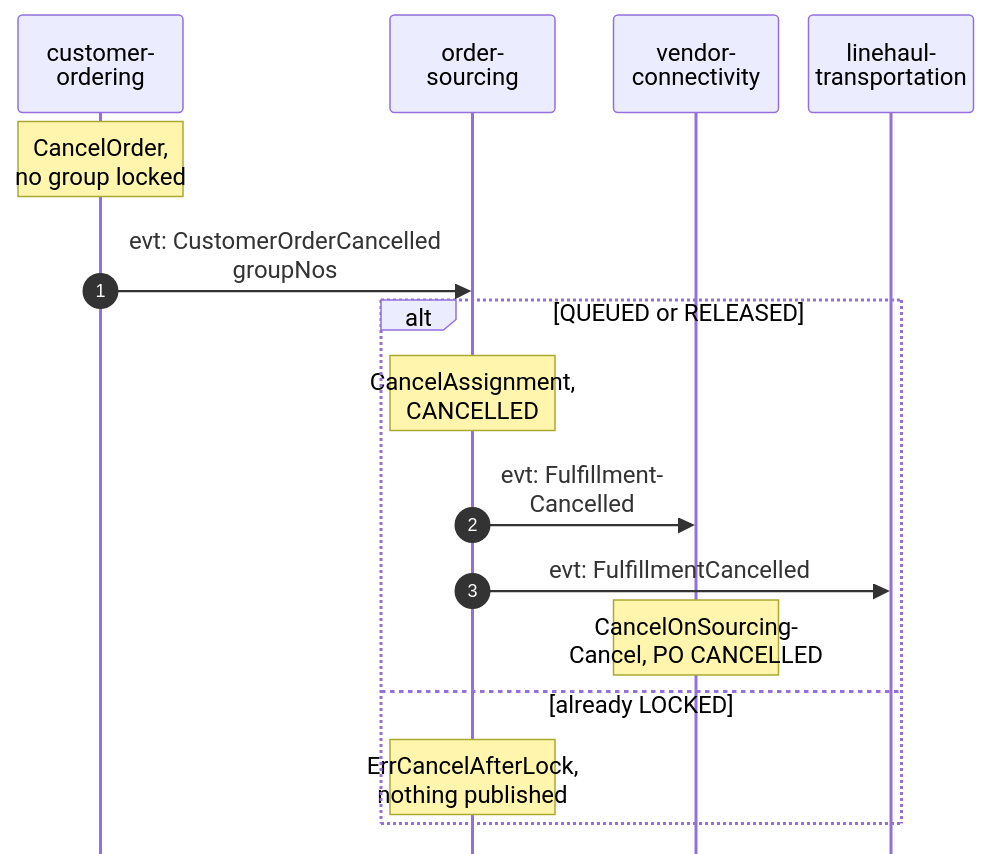
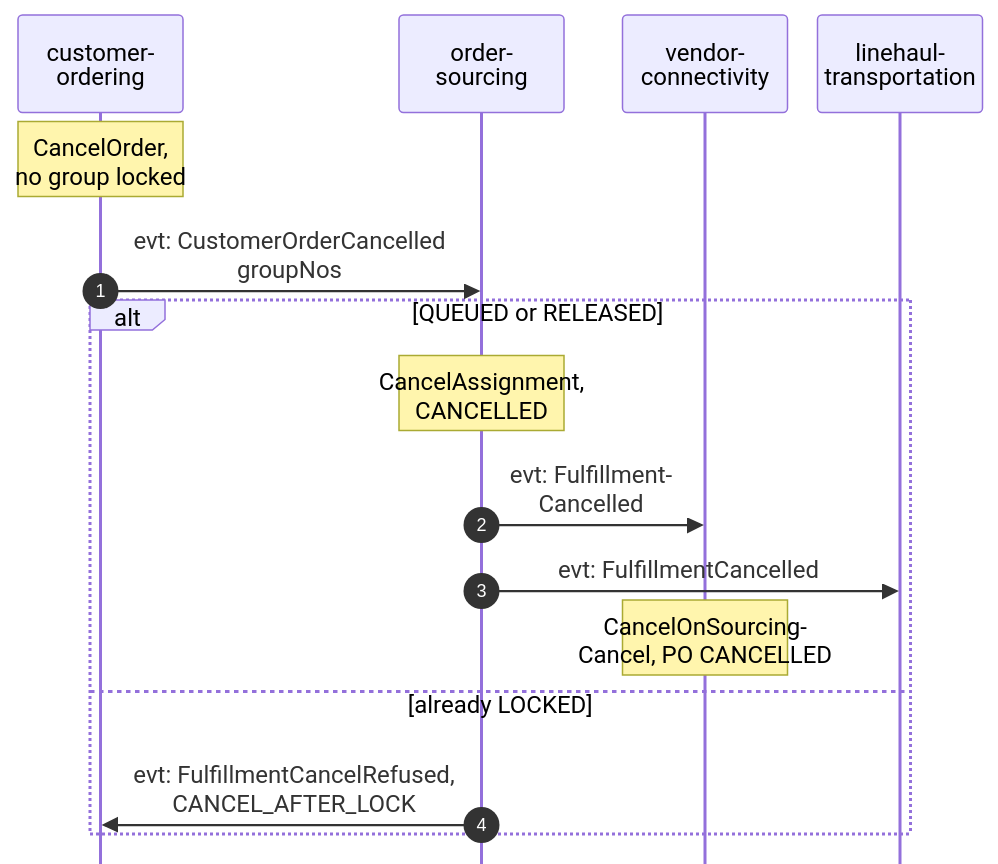
Before and after one commit to IQVO/warehouse-docs: the fourth of 4 diagrams in network/docs/contexts/order-sourcing/domain-message-flow.md, drawn with Mermaid. The commit also changed other lines of this file and 125 other files, not shown here.

````diff
--- a/network/docs/contexts/order-sourcing/domain-message-flow.md
+++ b/network/docs/contexts/order-sourcing/domain-message-flow.md
@@ -165,19 +165,19 @@
 ```mermaid
 %%{init: {"sequence": {"wrap": true, "width": 110, "actorMargin": 20, "messageMargin": 28, "boxMargin": 6, "noteMargin": 6, "mirrorActors": false}}}%%
 sequenceDiagram
     autonumber
     participant CO as customer-<br/>ordering
     participant OS as order-<br/>sourcing
     participant VC as vendor-<br/>connectivity
     participant LH as linehaul-<br/>transportation
     Note over CO: CancelOrder,<br/>no group locked
     CO->>OS: evt: CustomerOrderCancelled<br/>groupNos
     alt QUEUED or RELEASED
         Note over OS: CancelAssignment,<br/>CANCELLED
         OS->>VC: evt: Fulfillment-<br/>Cancelled
         OS->>LH: evt: FulfillmentCancelled
         Note over VC: CancelOnSourcing-<br/>Cancel, PO CANCELLED
     else already LOCKED
-        Note over OS: ErrCancelAfterLock,<br/>nothing published
+        OS->>CO: evt: FulfillmentCancelRefused,<br/>CANCEL_AFTER_LOCK
     end
 ```
````
